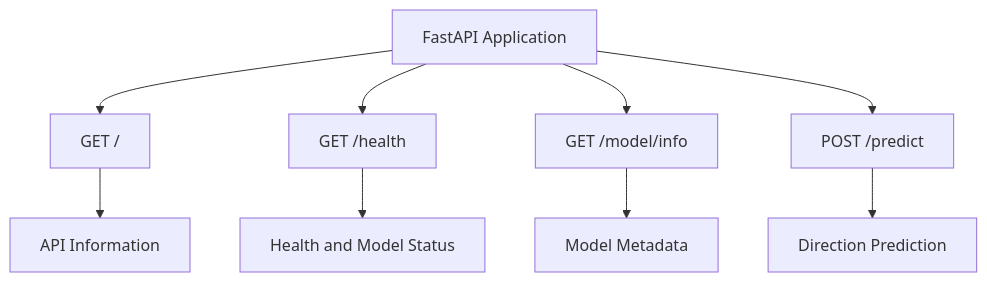
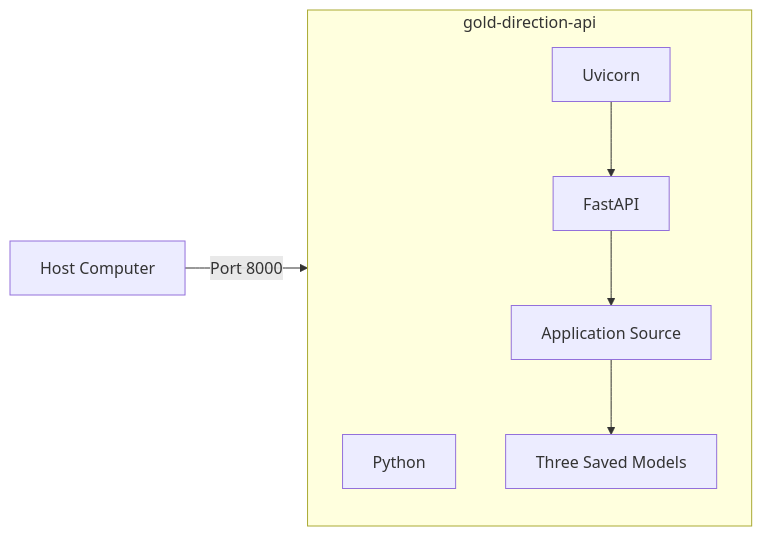
Before and after one commit to chauhanmuskan291980-wq/gold-price-direction-predictor: diagram 14 of 15 in docs/architecture.md, drawn with Mermaid. The commit also changed other lines of this file and 2 other files, not shown here.

Commit message:
docs: align documentation with three-model architecture and updated API

````diff
--- a/docs/architecture.md
+++ b/docs/architecture.md
@@ -714,12 +740,16 @@
 ```mermaid
-flowchart TD
-    A[FastAPI Application] --> B[GET /]
-    A --> C[GET /health]
-    A --> D[GET /model/info]
-    A --> E[POST /predict]
+flowchart LR
+    A[Host Computer] -->|Port 8000| B[Docker Container]
 
-    B --> F[API Information]
-    C --> G[Health and Model Status]
-    D --> H[Model Metadata]
-    E --> I[Direction Prediction]
+    subgraph B[gold-direction-api]
+        C[Python]
+        D[FastAPI]
+        E[Uvicorn]
+        F[Application Source]
+        G[Three Saved Models]
+    end
+
+    E --> D
+    D --> F
+    F --> G
 ```
````
